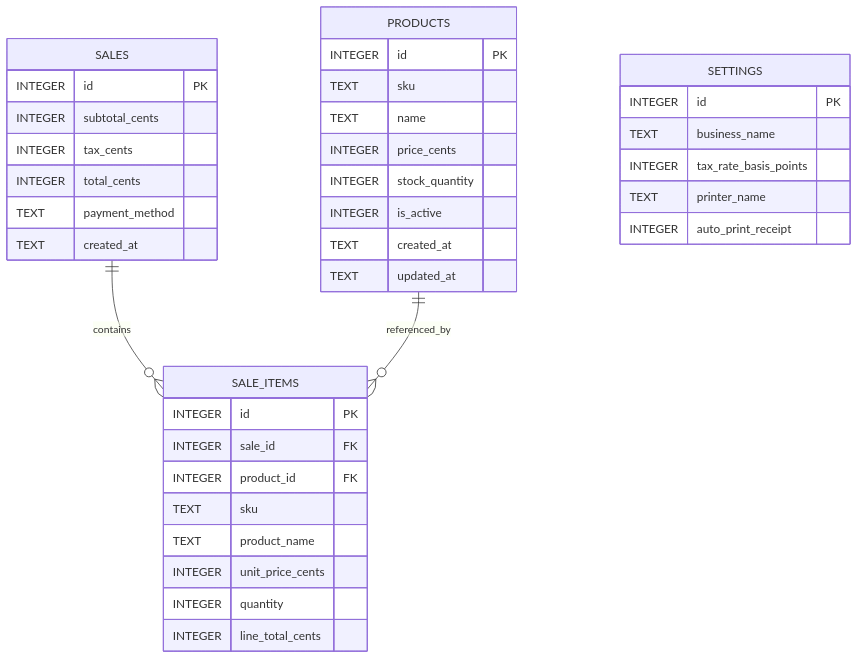
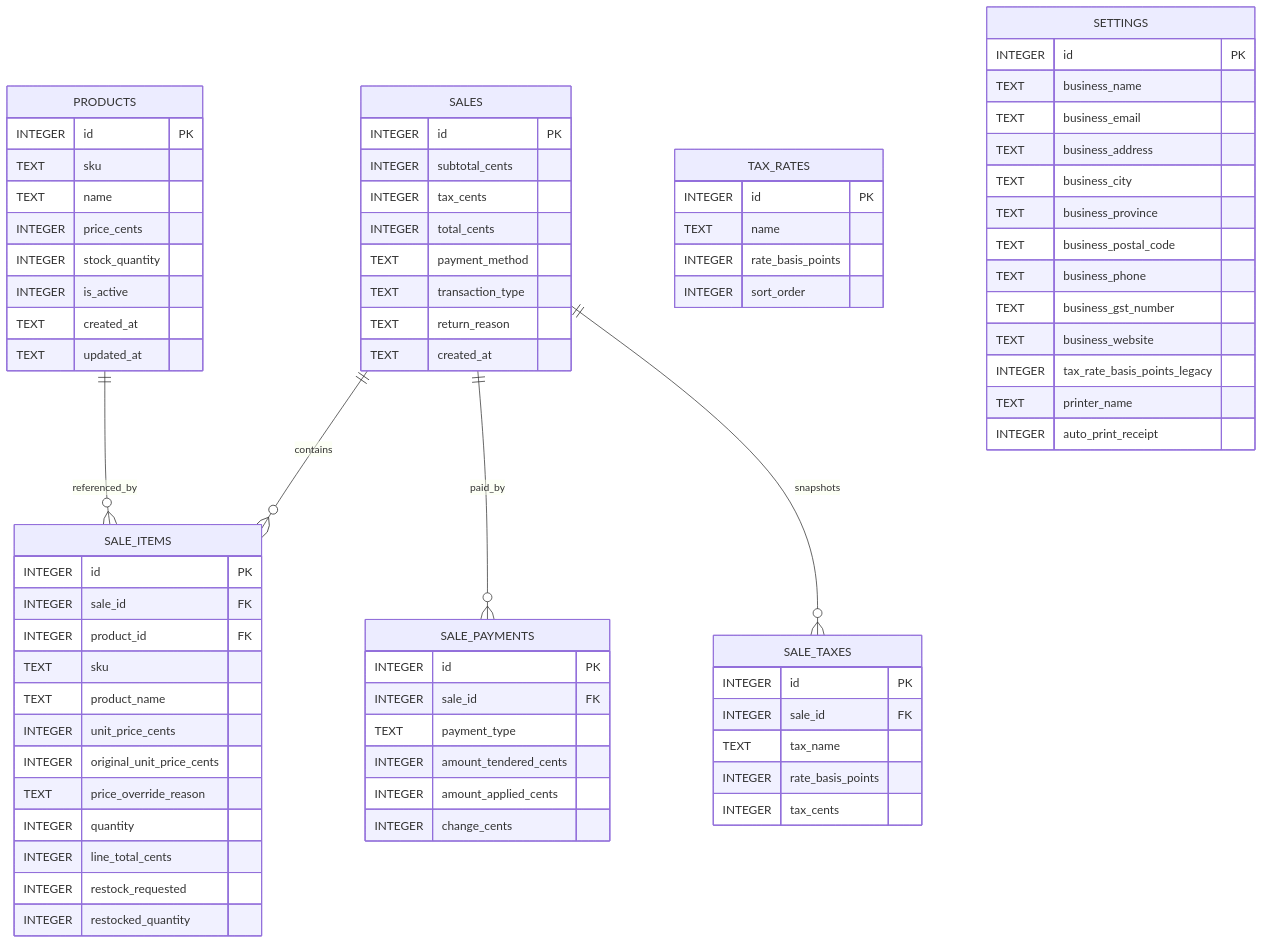
Before and after one commit to reganvannguyen/pos-system: the diagram in docs/database-design.md, drawn with Mermaid. The commit also changed other lines of this file and 58 other files, not shown here.

````diff
--- a/docs/database-design.md
+++ b/docs/database-design.md
@@ -120,6 +179,8 @@
         INTEGER tax_cents
         INTEGER total_cents
         TEXT payment_method
+        TEXT transaction_type
+        TEXT return_reason
         TEXT created_at
     }
 
@@ -130,18 +191,56 @@
         TEXT sku
         TEXT product_name
         INTEGER unit_price_cents
+        INTEGER original_unit_price_cents
+        TEXT price_override_reason
         INTEGER quantity
         INTEGER line_total_cents
+        INTEGER restock_requested
+        INTEGER restocked_quantity
+    }
+
+    SALE_PAYMENTS {
+        INTEGER id PK
+        INTEGER sale_id FK
+        TEXT payment_type
+        INTEGER amount_tendered_cents
+        INTEGER amount_applied_cents
+        INTEGER change_cents
+    }
+
+    TAX_RATES {
+        INTEGER id PK
+        TEXT name
+        INTEGER rate_basis_points
+        INTEGER sort_order
+    }
+
+    SALE_TAXES {
+        INTEGER id PK
+        INTEGER sale_id FK
+        TEXT tax_name
+        INTEGER rate_basis_points
+        INTEGER tax_cents
     }
 
     SETTINGS {
         INTEGER id PK
         TEXT business_name
-        INTEGER tax_rate_basis_points
+        TEXT business_email
+        TEXT business_address
+        TEXT business_city
+        TEXT business_province
+        TEXT business_postal_code
+        TEXT business_phone
+        TEXT business_gst_number
+        TEXT business_website
+        INTEGER tax_rate_basis_points_legacy
         TEXT printer_name
         INTEGER auto_print_receipt
     }
 
     SALES ||--o{ SALE_ITEMS : contains
+    SALES ||--o{ SALE_PAYMENTS : paid_by
     PRODUCTS ||--o{ SALE_ITEMS : referenced_by
+    SALES ||--o{ SALE_TAXES : snapshots
 ```
````
